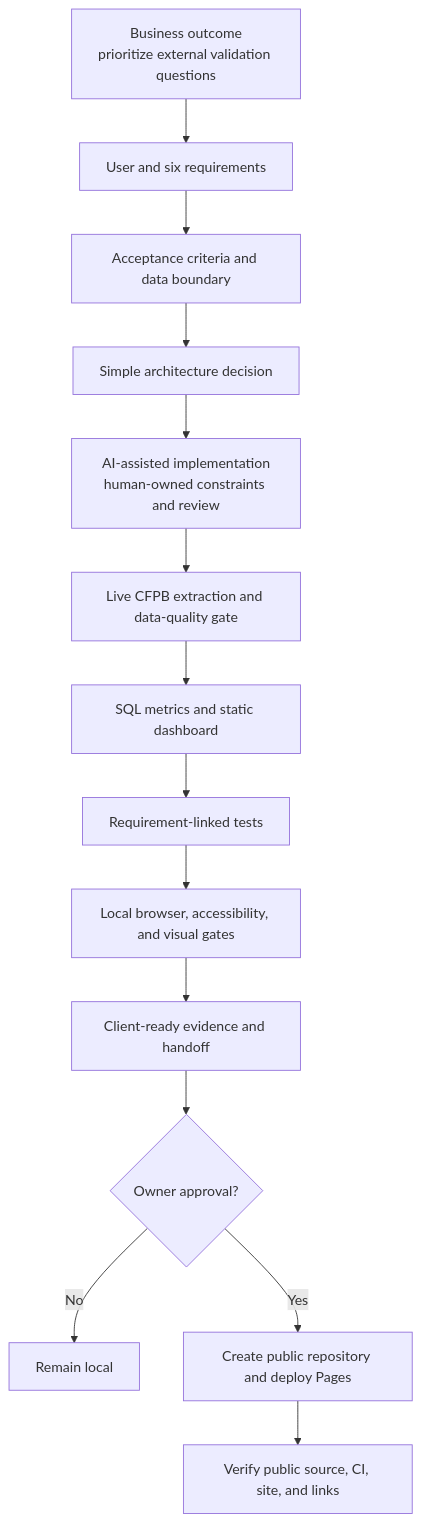
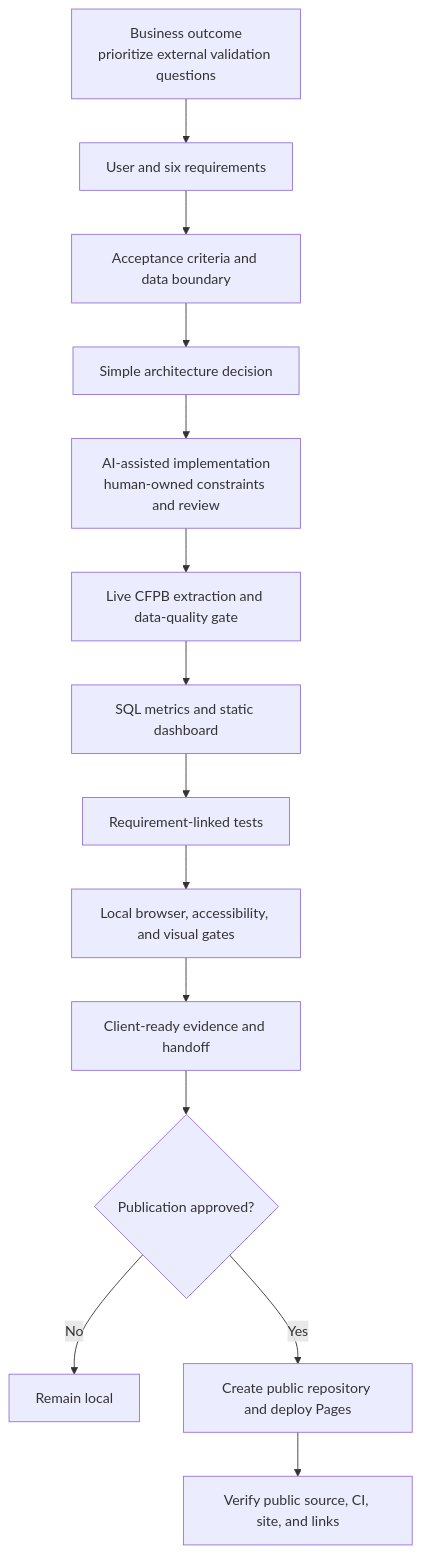
The first of 2 diagrams in delivery/architecture.md (Duckky153/consumer-complaint-operations), drawn with Mermaid before and after one commit. The commit also changed 7 other files, not shown here.

````diff
--- a/delivery/architecture.md
+++ b/delivery/architecture.md
@@ -5,16 +5,16 @@
 ```mermaid
 flowchart TD
     A["Business outcome<br>prioritize external validation questions"] --> B["User and six requirements"]
     B --> C["Acceptance criteria and data boundary"]
     C --> D["Simple architecture decision"]
     D --> E["AI-assisted implementation<br>human-owned constraints and review"]
     E --> F["Live CFPB extraction and data-quality gate"]
     F --> G["SQL metrics and static dashboard"]
     G --> H["Requirement-linked tests"]
     H --> I["Local browser, accessibility, and visual gates"]
     I --> J["Client-ready evidence and handoff"]
-    J --> K{"Owner approval?"}
+    J --> K{"Publication approved?"}
     K -- "No" --> L["Remain local"]
     K -- "Yes" --> M["Create public repository and deploy Pages"]
     M --> N["Verify public source, CI, site, and links"]
 ```
````
